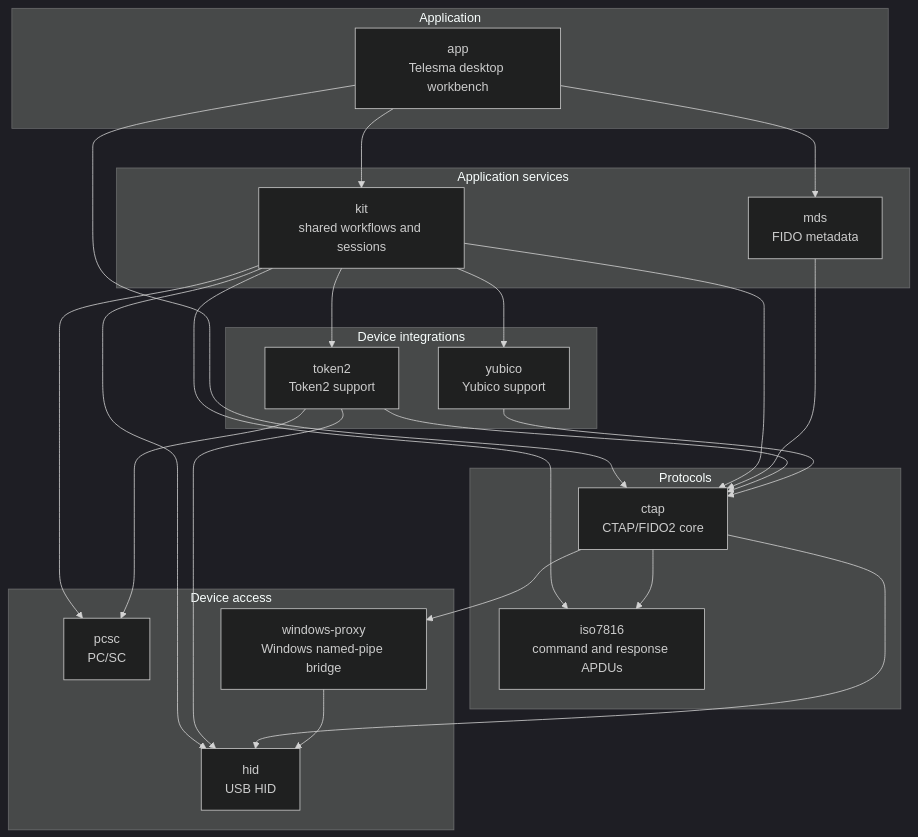
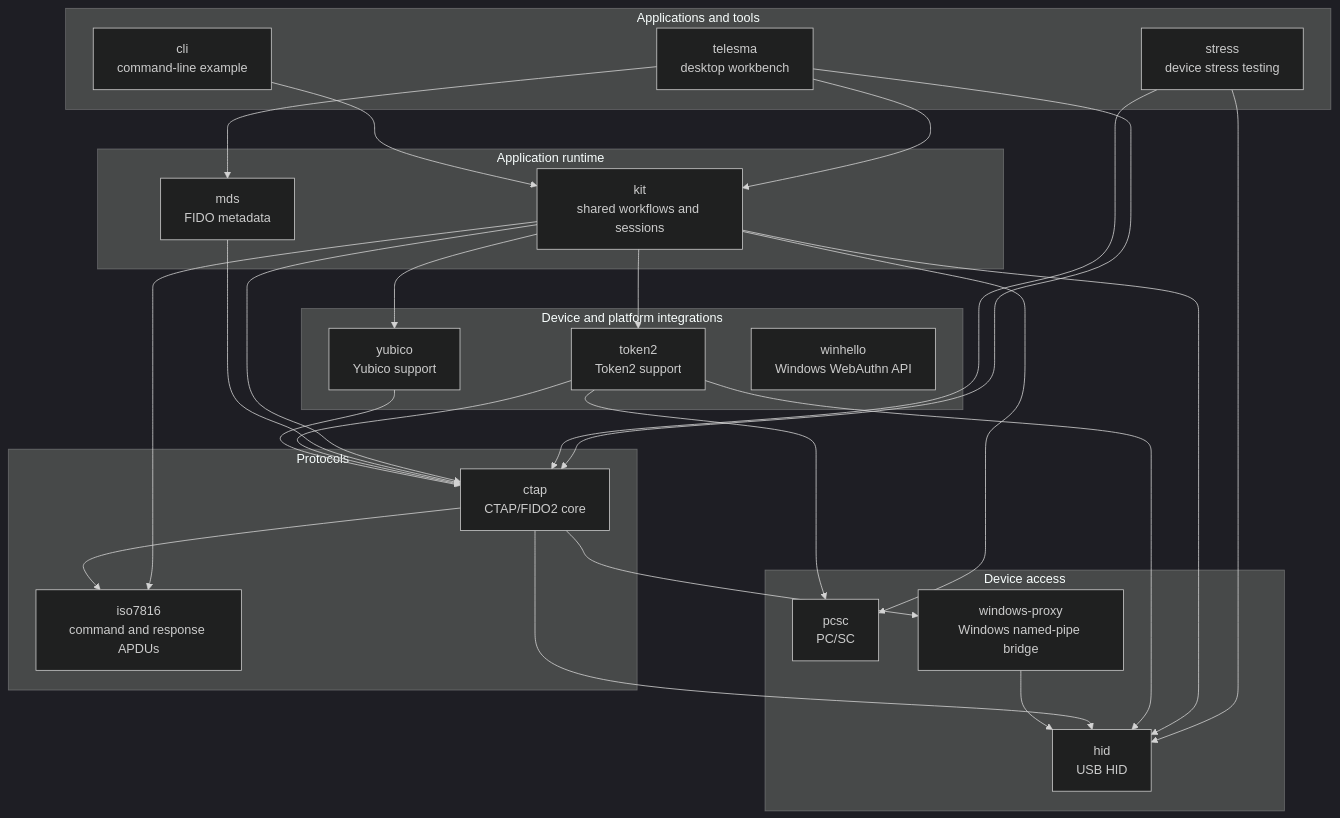
The diagram in profile/README.md (telesma-app/.github), drawn with Mermaid (dark theme) before and after one commit. The commit also changed other lines of this file and 1 other file, not shown here.

````diff
--- a/profile/README.md
+++ b/profile/README.md
@@ -24,46 +34,52 @@
 ```mermaid
 flowchart TB
-    subgraph application[Application]
-        app["app<br/>Telesma desktop workbench"]
+    subgraph applications[Applications and tools]
+        telesma["telesma<br/>desktop workbench"]
+        cli["cli<br/>command-line example"]
+        stress["stress<br/>device stress testing"]
     end
 
-    subgraph services[Application services]
+    subgraph services[Application runtime]
         kit["kit<br/>shared workflows and sessions"]
         mds["mds<br/>FIDO metadata"]
     end
 
-    subgraph integrations[Device integrations]
+    subgraph integrations[Device and platform integrations]
         token2["token2<br/>Token2 support"]
         yubico["yubico<br/>Yubico support"]
+        winhello["winhello<br/>Windows WebAuthn API"]
     end
 
     subgraph protocols[Protocols]
         ctap["ctap<br/>CTAP/FIDO2 core"]
         iso7816["iso7816<br/>command and response APDUs"]
     end
 
     subgraph access[Device access]
         hid["hid<br/>USB HID"]
         pcsc["pcsc<br/>PC/SC"]
         windowsProxy["windows-proxy<br/>Windows named-pipe bridge"]
     end
 
-    app --> kit
-    app --> mds
-    app --> ctap
+    telesma --> kit
+    telesma --> mds
+    telesma --> ctap
+    cli --> kit
+    stress --> ctap
+    stress --> hid
     kit --> ctap
     kit --> token2
     kit --> yubico
     kit --> iso7816
     kit --> hid
     kit --> pcsc
     mds --> ctap
     token2 --> ctap
     token2 --> hid
     token2 --> pcsc
     yubico --> ctap
     ctap --> hid
     ctap --> iso7816
     ctap --> windowsProxy
     windowsProxy --> hid
 ```
````
